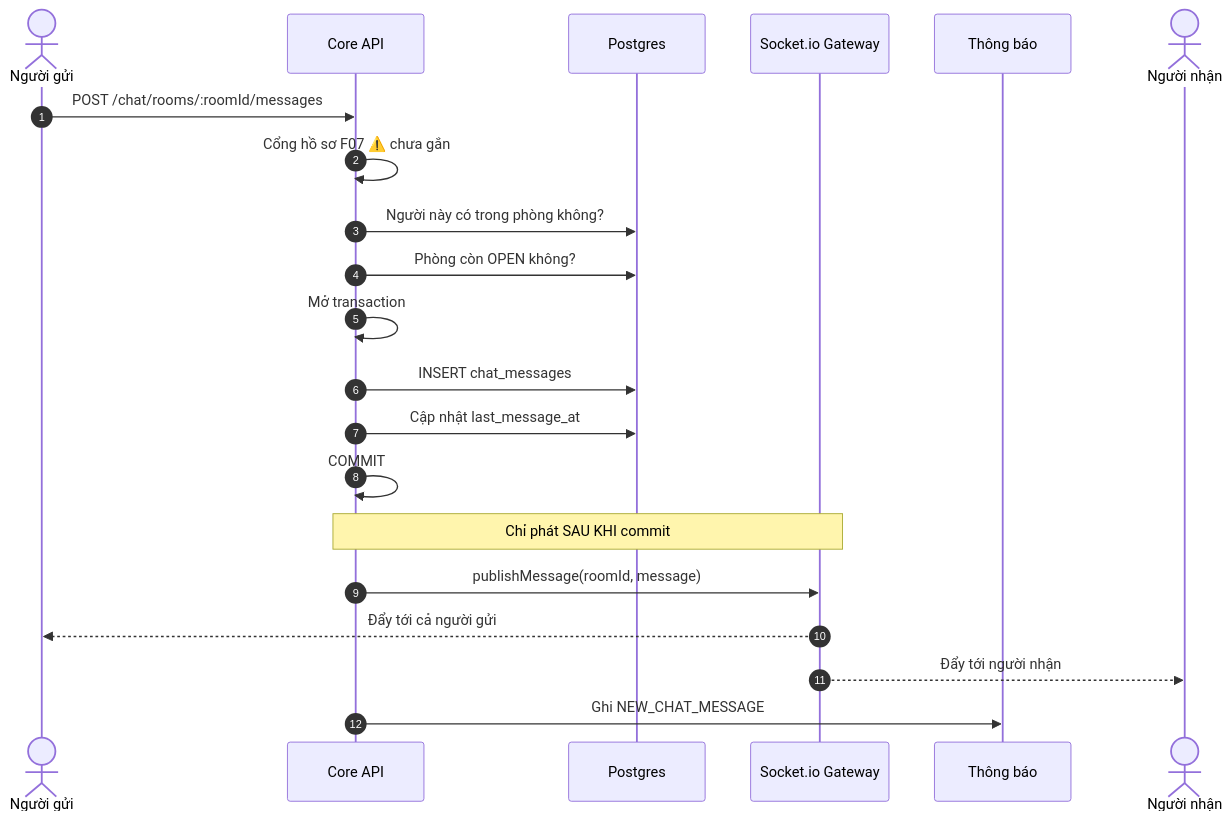
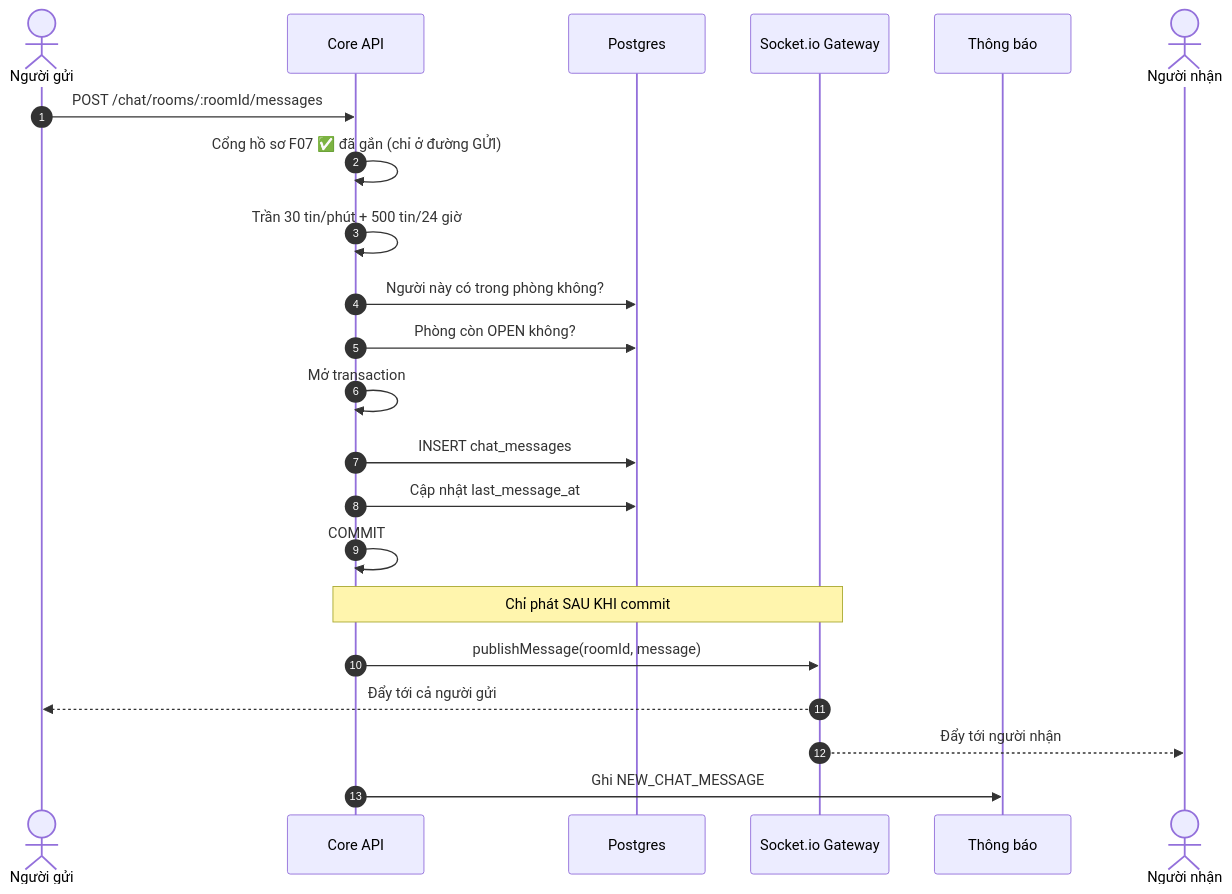
Before and after one commit to fdshn/trueheart: the second of 6 diagrams in docs/diagram/09-chat.md, drawn with Mermaid. The commit also changed other lines of this file and 26 other files, not shown here.

First line of the commit message:
feat(chat): thu hồi tin, trần gửi, và đường điều tra có điều kiện cho Admin

````diff
--- a/docs/diagram/09-chat.md
+++ b/docs/diagram/09-chat.md
@@ -23,24 +27,25 @@
 ```mermaid
 sequenceDiagram
     autonumber
     actor A as Người gửi
     participant API as Core API
     participant DB as Postgres
     participant WS as Socket.io Gateway
     participant N as Thông báo
     actor B as Người nhận
 
     A->>API: POST /chat/rooms/:roomId/messages
-    API->>API: Cổng hồ sơ F07 ⚠️ chưa gắn
+    API->>API: Cổng hồ sơ F07 ✅ đã gắn (chỉ ở đường GỬI)
+    API->>API: Trần 30 tin/phút + 500 tin/24 giờ
     API->>DB: Người này có trong phòng không?
     API->>DB: Phòng còn OPEN không?
     API->>API: Mở transaction
     API->>DB: INSERT chat_messages
     API->>DB: Cập nhật last_message_at
     API->>API: COMMIT
     Note over API,WS: Chỉ phát SAU KHI commit
     API->>WS: publishMessage(roomId, message)
     WS-->>A: Đẩy tới cả người gửi
     WS-->>B: Đẩy tới người nhận
     API->>N: Ghi NEW_CHAT_MESSAGE
 ```
````
